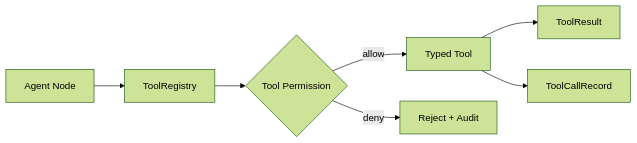
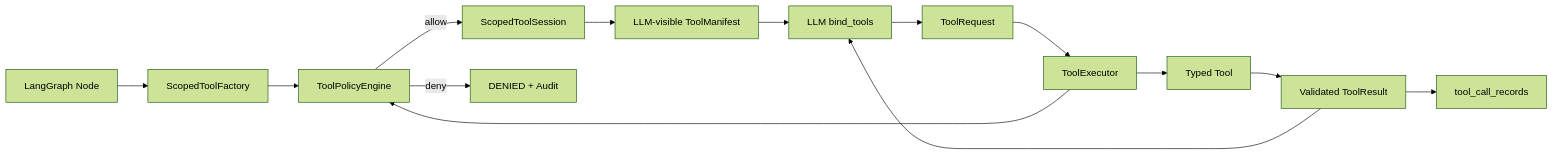
One commit to RickyW0529/Margin changed the seventh of 16 diagrams in docs/design/v0.2/architecture/Margin_架构设计_v0.2_中文.md. Above: the diagram before and after it, drawn with Mermaid (forest theme). The commit also changed other lines of this file and 469 other files, not shown here.

````diff
--- a/docs/design/v0.2/architecture/Margin_架构设计_v0.2_中文.md
+++ b/docs/design/v0.2/architecture/Margin_架构设计_v0.2_中文.md
@@ -347,9 +1221,16 @@
 ```mermaid
 flowchart LR
-    Agent[Agent Node] --> Registry[ToolRegistry]
-    Registry --> Permission{Tool Permission}
-    Permission -->|allow| Tool[Typed Tool]
-    Permission -->|deny| Reject[Reject + Audit]
-    Tool --> Result[ToolResult]
-    Tool --> Audit[ToolCallRecord]
+    Node[LangGraph Node] --> Factory[ScopedToolFactory]
+    Factory --> Policy[ToolPolicyEngine]
+    Policy -->|allow| Session[ScopedToolSession]
+    Policy -->|deny| Reject[DENIED + Audit]
+    Session --> Manifest[LLM-visible ToolManifest]
+    Manifest --> Model[LLM bind_tools]
+    Model --> Request[ToolRequest]
+    Request --> Executor[ToolExecutor]
+    Executor --> Policy
+    Executor --> Tool[Typed Tool]
+    Tool --> Result[Validated ToolResult]
+    Result --> Audit[tool_call_records]
+    Result --> Model
 ```
````
